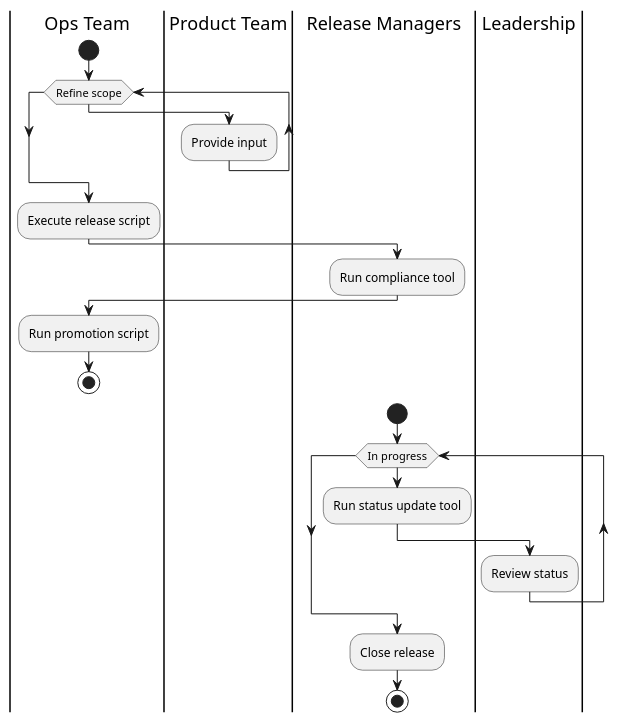
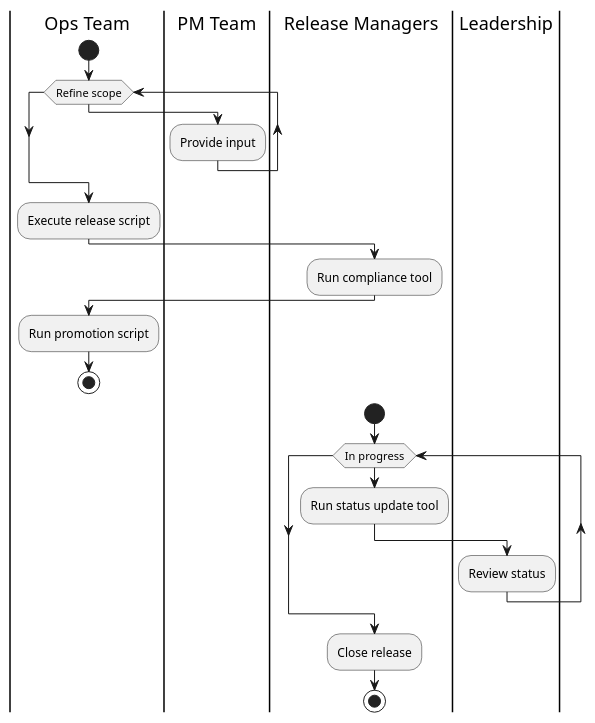
The second of 4 diagrams in content/articles/on-creating-automation-products.md (davidmreed/ktema-org-zola), drawn with PlantUML before and after one commit. The commit also changed other lines of this file, not shown here.

````diff
--- a/content/articles/on-creating-automation-products.md
+++ b/content/articles/on-creating-automation-products.md
@@ -91,29 +91,29 @@
 ```plantuml
 @startuml
 |Ops Team|
 start
 while (Refine scope)
-|Product Team|
+|PM Team|
 :Provide input;
 |Ops Team|
 end while
 :Execute release script;
 |Release Managers|
 :Run compliance tool;
 |Ops Team|
 :Run promotion script;
 stop
 
 |Release Managers|
 start
   while (In progress)
    :Run status update tool;
 |Leadership|
    :Review status;
   endwhile
 
 |Release Managers|
 :Close release;
 stop
 @enduml
 ```
````
